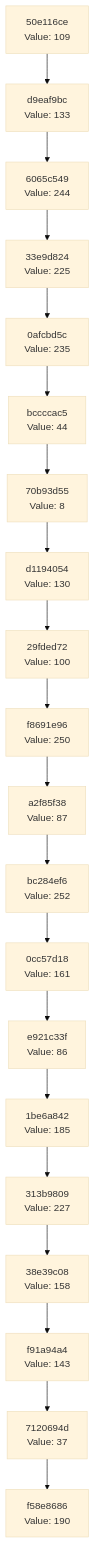
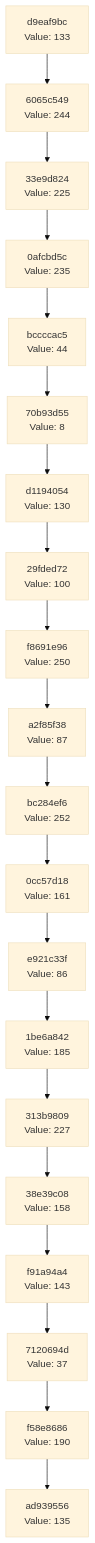
One commit to Abhisheksinha1506/hash-chain-evolver changed the diagram in docs/CHAIN_VISUALIZATION.md. Above: the diagram before and after it, drawn with Mermaid (base theme). The commit also changed 2 other files, not shown here.

Commit message:
Evolution step: hash 0x87 → action executed

````diff
--- a/docs/CHAIN_VISUALIZATION.md
+++ b/docs/CHAIN_VISUALIZATION.md
@@ -3,42 +3,42 @@
 ```mermaid
 graph TD
-    C0["f58e8686<br/>Value: 190"]
-    C1["7120694d<br/>Value: 37"]
+    C0["ad939556<br/>Value: 135"]
+    C1["f58e8686<br/>Value: 190"]
     C1 --> C0
-    C2["f91a94a4<br/>Value: 143"]
+    C2["7120694d<br/>Value: 37"]
     C2 --> C1
-    C3["38e39c08<br/>Value: 158"]
+    C3["f91a94a4<br/>Value: 143"]
     C3 --> C2
-    C4["313b9809<br/>Value: 227"]
+    C4["38e39c08<br/>Value: 158"]
     C4 --> C3
-    C5["1be6a842<br/>Value: 185"]
+    C5["313b9809<br/>Value: 227"]
     C5 --> C4
-    C6["e921c33f<br/>Value: 86"]
+    C6["1be6a842<br/>Value: 185"]
     C6 --> C5
-    C7["0cc57d18<br/>Value: 161"]
+    C7["e921c33f<br/>Value: 86"]
     C7 --> C6
-    C8["bc284ef6<br/>Value: 252"]
+    C8["0cc57d18<br/>Value: 161"]
     C8 --> C7
-    C9["a2f85f38<br/>Value: 87"]
+    C9["bc284ef6<br/>Value: 252"]
     C9 --> C8
-    C10["f8691e96<br/>Value: 250"]
+    C10["a2f85f38<br/>Value: 87"]
     C10 --> C9
-    C11["29fded72<br/>Value: 100"]
+    C11["f8691e96<br/>Value: 250"]
     C11 --> C10
-    C12["d1194054<br/>Value: 130"]
+    C12["29fded72<br/>Value: 100"]
     C12 --> C11
-    C13["70b93d55<br/>Value: 8"]
+    C13["d1194054<br/>Value: 130"]
     C13 --> C12
-    C14["bccccac5<br/>Value: 44"]
+    C14["70b93d55<br/>Value: 8"]
     C14 --> C13
-    C15["0afcbd5c<br/>Value: 235"]
+    C15["bccccac5<br/>Value: 44"]
     C15 --> C14
-    C16["33e9d824<br/>Value: 225"]
+    C16["0afcbd5c<br/>Value: 235"]
     C16 --> C15
-    C17["6065c549<br/>Value: 244"]
+    C17["33e9d824<br/>Value: 225"]
     C17 --> C16
-    C18["d9eaf9bc<br/>Value: 133"]
+    C18["6065c549<br/>Value: 244"]
     C18 --> C17
-    C19["50e116ce<br/>Value: 109"]
+    C19["d9eaf9bc<br/>Value: 133"]
     C19 --> C18
 ```
````
